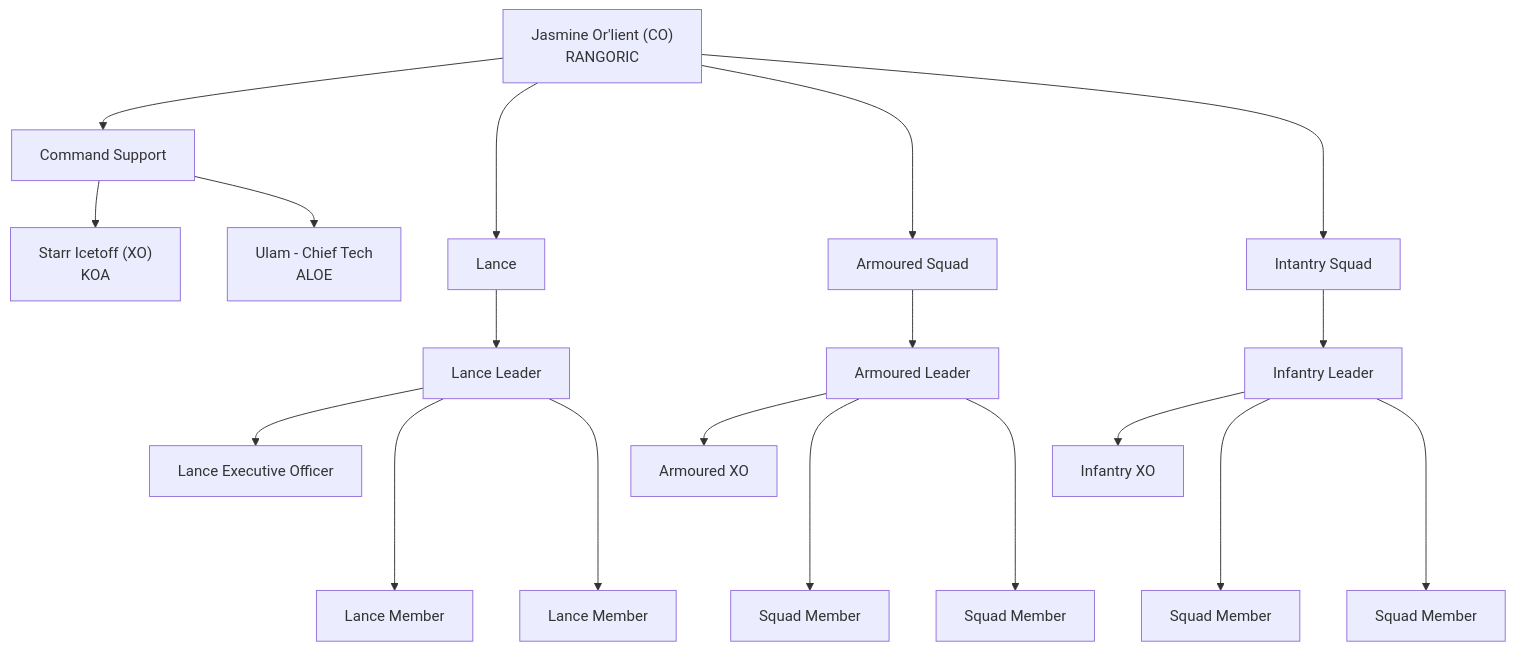
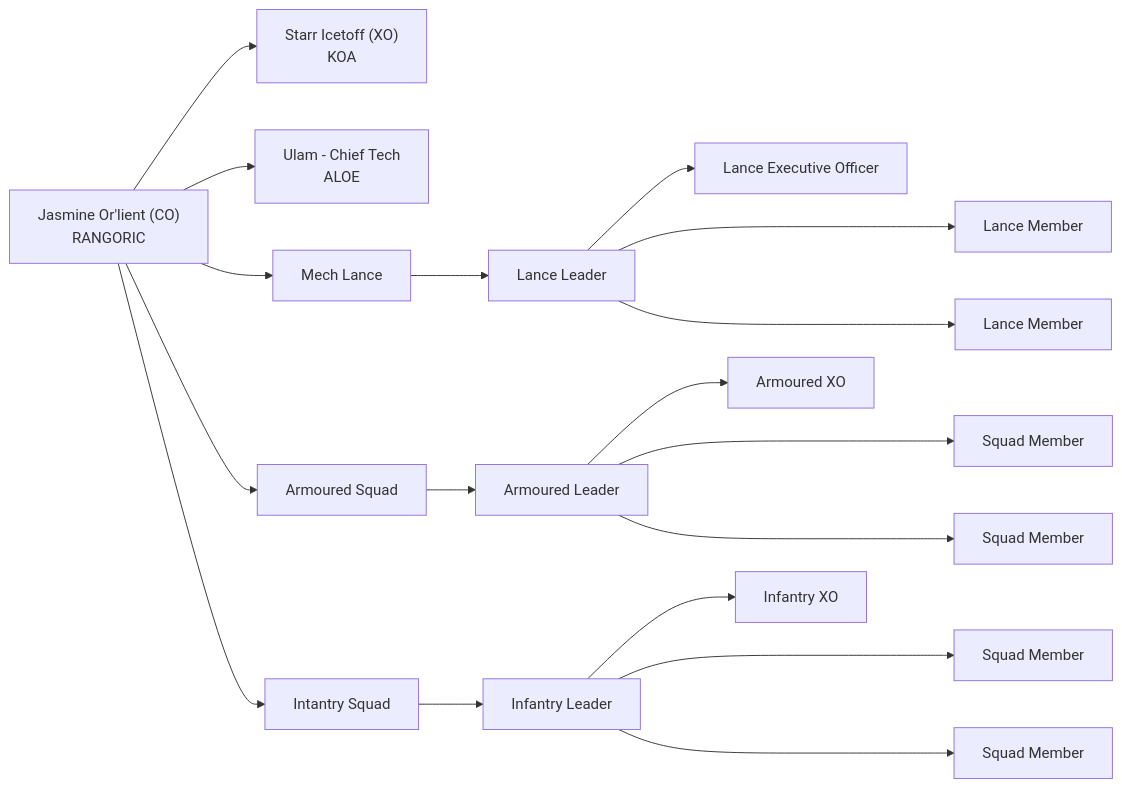
One commit to Rangoric/BattleTech-Campaign changed the diagram in README.md. Above: the diagram before and after it, drawn with Mermaid.

````diff
--- a/README.md
+++ b/README.md
@@ -3,40 +3,38 @@
 ```mermaid
-flowchart TD
+flowchart LR
   co["Jasmine Or'lient (CO)\nRANGORIC"]
-  cs["Command Support"]
   xo["Starr Icetoff (XO)\nKOA"]
   ct["Ulam - Chief Tech\nALOE"]
-  l["Lance"]
+  l["Mech Lance"]
   ll["Lance Leader"]
   lxo["Lance Executive Officer"]
   l1["Lance Member"]
   l2["Lance Member"]
   a["Armoured Squad"]
   al["Armoured Leader"]
   axo["Armoured XO"]
   a1["Squad Member"]
   a2["Squad Member"]
   i["Intantry Squad"]
   il["Infantry Leader"]
   ixo["Infantry XO"]
   i1["Squad Member"]
   i2["Squad Member"]
-  co --> cs
-  cs --> xo
-  cs --> ct
-  co ---> l
-  co ---> a
-  co ---> i
+  co --> xo
+  co --> ct
+  co --> l
+  co --> a
+  co --> i
   l --> ll
   ll --> lxo
-  ll ----> l1
-  ll ----> l2
+  ll ---> l1
+  ll ---> l2
   a --> al
   al --> axo
-  al ----> a1
-  al ----> a2
+  al ---> a1
+  al ---> a2
   i --> il
   il --> ixo
-  il ----> i1
-  il ----> i2
+  il ---> i1
+  il ---> i2
 ```
````
